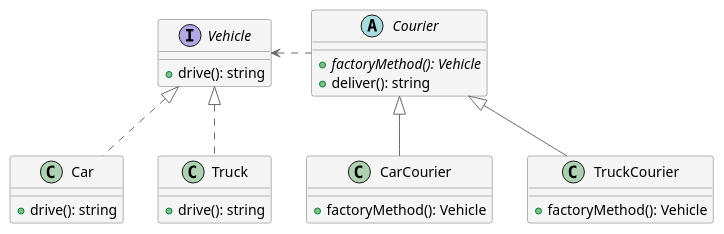
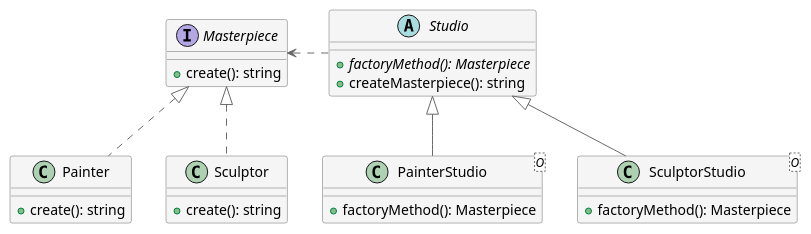
Before and after one commit to plkpiotr/design-patterns: the diagram in src/app/creational/factory-method/factory-method.puml, drawn with PlantUML. The commit also changed 21 other files, not shown here.

```diff
--- a/src/app/creational/factory-method/factory-method.puml
+++ b/src/app/creational/factory-method/factory-method.puml
@@ -1,42 +1,42 @@
 @startuml
 
 skinparam class {
   backgroundColor whitesmoke
   arrowColor dimgrey
   borderColor dimgrey
 }
 
-interface Vehicle {
-  + drive(): string
+interface Masterpiece {
+  + create(): string
 }
 
-abstract class Courier {
-  + {abstract} factoryMethod(): Vehicle
-  + deliver(): string
+abstract class Studio {
+  + {abstract} factoryMethod(): Masterpiece
+  + createMasterpiece(): string
 }
 
-class Car {
-  + drive(): string
+class Painter {
+  + create(): string
 }
 
-class Truck {
-  + drive(): string
+class Sculptor {
+  + create(): string
 }
 
-class CarCourier {
-  + factoryMethod(): Vehicle
+class PainterStudio <O> {
+  + factoryMethod(): Masterpiece
 }
 
-class TruckCourier {
-  + factoryMethod(): Vehicle
+class SculptorStudio <O> {
+  + factoryMethod(): Masterpiece
 }
 
-Vehicle <|.. Car
-Vehicle <|.. Truck
+Masterpiece <|.. Painter
+Masterpiece <|.. Sculptor
 
-Courier <|-- CarCourier
-Courier <|-- TruckCourier
+Studio <|-- PainterStudio
+Studio <|-- SculptorStudio
 
-Vehicle <. Courier
+Masterpiece <. Studio
 
 @enduml
```
